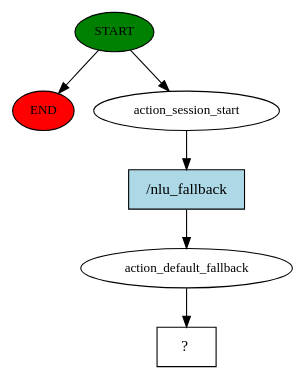
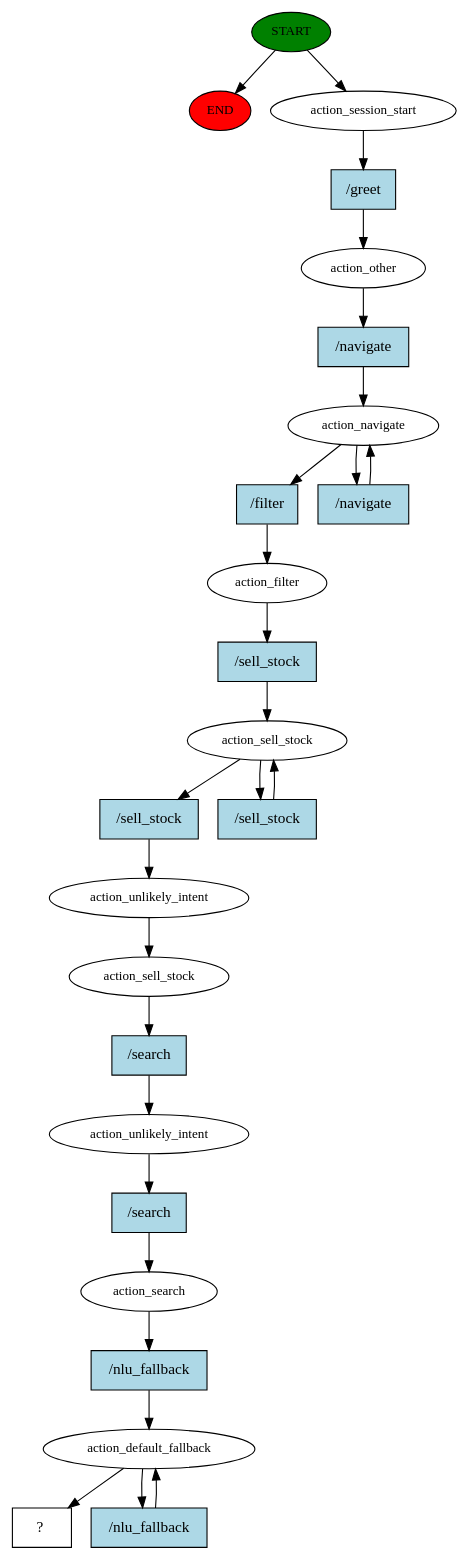
Before and after one commit to medAzizBennour/rasa: the diagram in story_graph.dot, drawn with Graphviz. The commit also changed 7 other files, not shown here.

```diff
--- a/story_graph.dot
+++ b/story_graph.dot
@@ -1,13 +1,52 @@
 digraph  {
 0 [class="start active", fillcolor=green, fontsize=12, label=START, style=filled];
 "-1" [class=end, fillcolor=red, fontsize=12, label=END, style=filled];
 1 [class=active, fontsize=12, label=action_session_start];
-2 [class=active, fontsize=12, label=action_default_fallback];
-3 [class="intent dashed active", label="  ?  ", shape=rect];
-4 [class="intent active", fillcolor=lightblue, label="/nlu_fallback", shape=rect, style=filled];
+2 [class=active, fontsize=12, label=action_other];
+3 [class=active, fontsize=12, label=action_navigate];
+5 [class=active, fontsize=12, label=action_filter];
+6 [class=active, fontsize=12, label=action_sell_stock];
+8 [class=active, fontsize=12, label=action_unlikely_intent];
+9 [class=active, fontsize=12, label=action_sell_stock];
+10 [class=active, fontsize=12, label=action_unlikely_intent];
+11 [class=active, fontsize=12, label=action_search];
+12 [class=active, fontsize=12, label=action_default_fallback];
+14 [class="intent dashed active", label="  ?  ", shape=rect];
+15 [class="intent active", fillcolor=lightblue, label="/greet", shape=rect, style=filled];
+16 [class="intent active", fillcolor=lightblue, label="/navigate", shape=rect, style=filled];
+17 [class="intent active", fillcolor=lightblue, label="/filter", shape=rect, style=filled];
+18 [class="intent active", fillcolor=lightblue, label="/navigate", shape=rect, style=filled];
+19 [class="intent active", fillcolor=lightblue, label="/sell_stock", shape=rect, style=filled];
+20 [class="intent active", fillcolor=lightblue, label="/sell_stock", shape=rect, style=filled];
+21 [class="intent active", fillcolor=lightblue, label="/sell_stock", shape=rect, style=filled];
+22 [class="intent active", fillcolor=lightblue, label="/search", shape=rect, style=filled];
+23 [class="intent active", fillcolor=lightblue, label="/search", shape=rect, style=filled];
+24 [class="intent active", fillcolor=lightblue, label="/nlu_fallback", shape=rect, style=filled];
+25 [class="intent active", fillcolor=lightblue, label="/nlu_fallback", shape=rect, style=filled];
 0 -> "-1"  [class="", key=NONE, label=""];
 0 -> 1  [class=active, key=NONE, label=""];
-1 -> 4  [class=active, key=0];
-2 -> 3  [class=active, key=NONE, label=""];
-4 -> 2  [class=active, key=0];
+1 -> 15  [class=active, key=0];
+2 -> 16  [class=active, key=0];
+3 -> 17  [class=active, key=0];
+3 -> 18  [class=active, key=0];
+5 -> 19  [class=active, key=0];
+6 -> 20  [class=active, key=0];
+6 -> 21  [class=active, key=0];
+8 -> 9  [class=active, key=NONE, label=""];
+9 -> 22  [class=active, key=0];
+10 -> 23  [class=active, key=0];
+11 -> 24  [class=active, key=0];
+12 -> 14  [class=active, key=NONE, label=""];
+12 -> 25  [class=active, key=0];
+15 -> 2  [class=active, key=0];
+16 -> 3  [class=active, key=0];
+17 -> 5  [class=active, key=0];
+18 -> 3  [class=active, key=0];
+19 -> 6  [class=active, key=0];
+20 -> 8  [class=active, key=0];
+21 -> 6  [class=active, key=0];
+22 -> 10  [class=active, key=0];
+23 -> 11  [class=active, key=0];
+24 -> 12  [class=active, key=0];
+25 -> 12  [class=active, key=0];
 }
```
